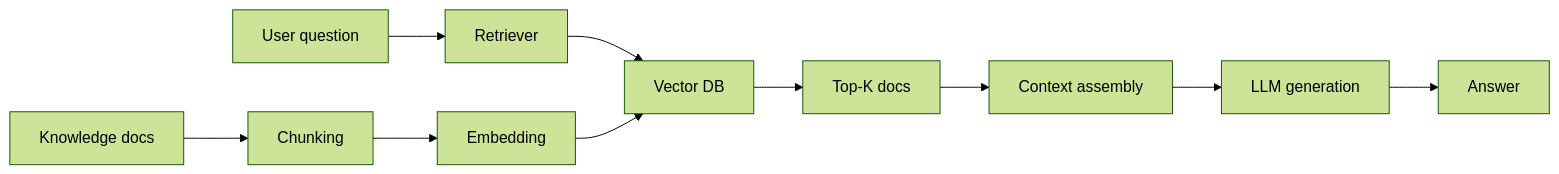
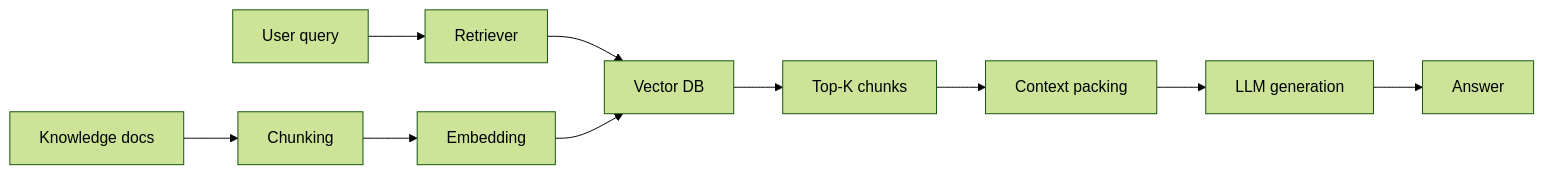
One commit to ByteTitan-star/ByteTitan-star.github.io changed the fourth of 6 diagrams in src/content/notes/llm/rag-basics.md. Above: the diagram before and after it, drawn with Mermaid (forest theme). The commit also changed other lines of this file and 10 other files, not shown here.

````diff
--- a/src/content/notes/llm/rag-basics.md
+++ b/src/content/notes/llm/rag-basics.md
@@ -456,13 +459,13 @@
 ```mermaid
 flowchart LR
-    A[User question] --> B[Retriever]
+    A[User query] --> B[Retriever]
     B --> C[Vector DB]
-    C --> D[Top-K docs]
-    D --> E[Context assembly]
+    C --> D[Top-K chunks]
+    D --> E[Context packing]
     E --> F[LLM generation]
     F --> G[Answer]
-    
+
     H[Knowledge docs] --> I[Chunking]
     I --> J[Embedding]
     J --> C
 ```
````
